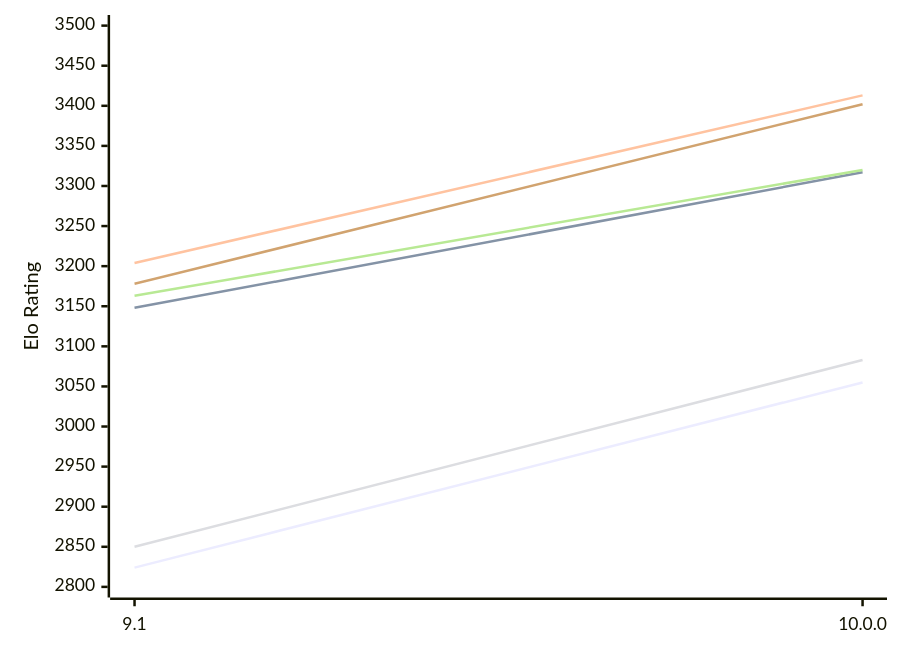
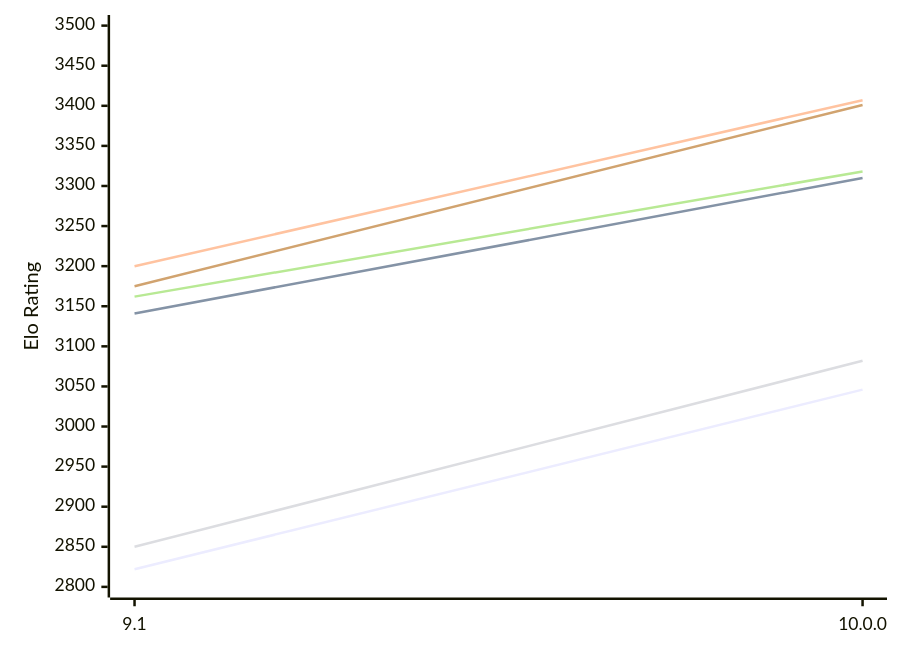
Before and after one commit to computer-chess-index/cci: the first of 2 diagrams in engines/Pea.md, drawn with Mermaid. The commit also changed other lines of this file, not shown here.

Commit message:
Update CCI Ratings (ELO VLTC) - 2026-11-26

````diff
--- a/engines/Pea.md
+++ b/engines/Pea.md
@@ -58,12 +58,12 @@
 ```mermaid
 %%{init: {"theme":"base","themeVariables":{"seriesColors:['#a3a3a3','#222221','#faa371']}}}%%
 xychart-beta
   x-axis ["9.1", "10.0.0"]
   y-axis "Elo Rating" 2800 --> 3500
-  line "E1: STC (8.0+0.08s)" [2824, 3055]
-  line "E1: LTC (60.0+0.60s)" [3148, 3317]
-  line "E1: VLTC (2m24s+1.12s)" [3204, 3413]
-  line "P1: STC (8.0+0.08s)" [2850, 3083]
-  line "P1: LTC (60.0+0.60s)" [3163, 3320]
-  line "P1: VLTC (2m24s+1.12s)" [3178, 3402]
+  line "E1: STC (8.0+0.08s)" [2822, 3046]
+  line "E1: LTC (60.0+0.60s)" [3141, 3310]
+  line "E1: VLTC (2m24s+1.12s)" [3200, 3407]
+  line "P1: STC (8.0+0.08s)" [2850, 3082]
+  line "P1: LTC (60.0+0.60s)" [3162, 3318]
+  line "P1: VLTC (2m24s+1.12s)" [3175, 3401]
 ```
````
